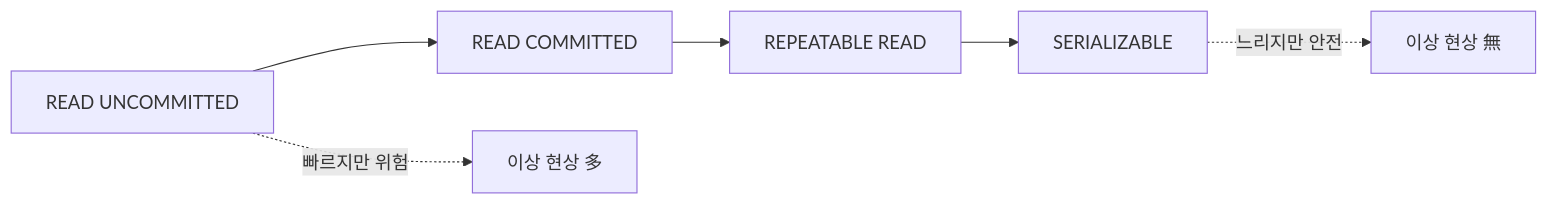
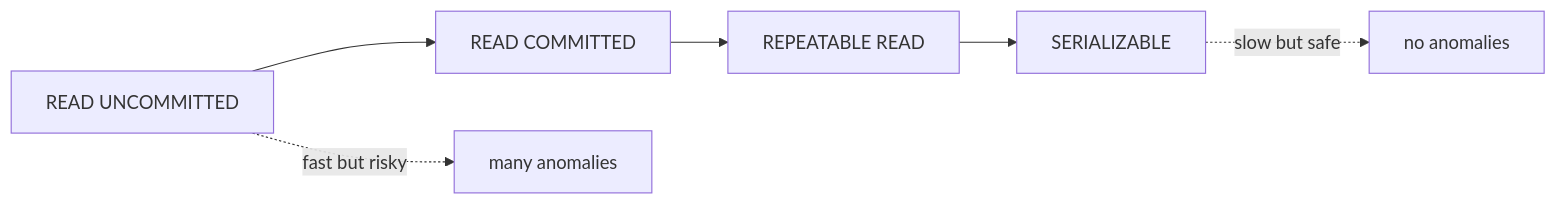
The diagram in content/database-systems-101/ko/06-isolation-levels.md (yeongseon-books/book-content), drawn with Mermaid before and after one commit. The commit also changed other lines of this file and 9 other files, not shown here.

````diff
--- a/content/database-systems-101/ko/06-isolation-levels.md
+++ b/content/database-systems-101/ko/06-isolation-levels.md
@@ -36,8 +56,8 @@
 ```mermaid
 flowchart LR
     A["READ UNCOMMITTED"] --> B["READ COMMITTED"]
     B --> C["REPEATABLE READ"]
     C --> D["SERIALIZABLE"]
-    A -.->|"빠르지만 위험"| E["이상 현상 多"]
-    D -.->|"느리지만 안전"| F["이상 현상 無"]
+    A -.->|"fast but risky"| E["many anomalies"]
+    D -.->|"slow but safe"| F["no anomalies"]
 ```
````
